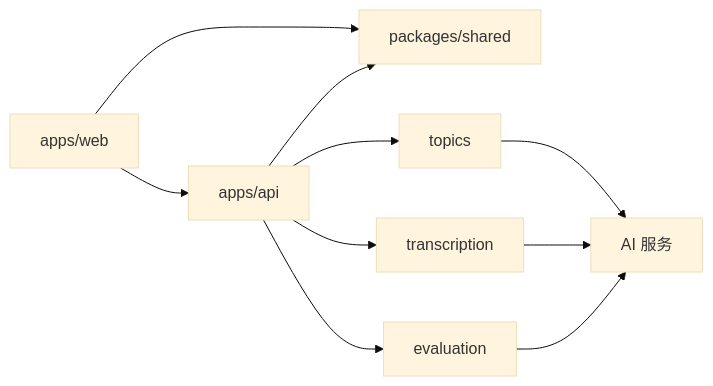
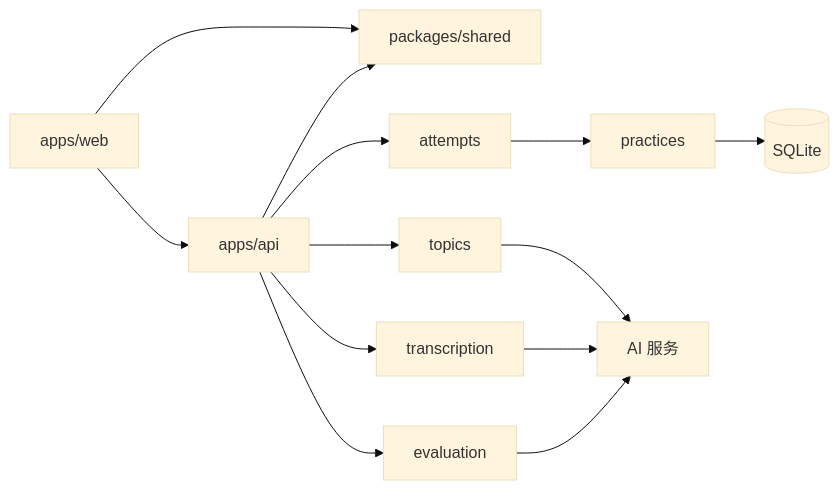
The diagram in design.md (zhaoyinger623/expression-training), drawn with Mermaid (base theme) before and after one commit. The commit also changed other lines of this file and 20 other files, not shown here.

````diff
--- a/design.md
+++ b/design.md
@@ -37,12 +38,15 @@
 ```mermaid
 flowchart LR
   Web[apps/web] --> API[apps/api]
   Web --> Shared[packages/shared]
   API --> Shared
   API --> Topics[topics]
   API --> Transcription[transcription]
   API --> Evaluation[evaluation]
+  API --> Attempts[attempts]
+  Attempts --> Practices[practices]
+  Practices --> SQLite[(SQLite)]
   Topics --> AI[AI 服务]
   Transcription --> AI
   Evaluation --> AI
 ```
````
